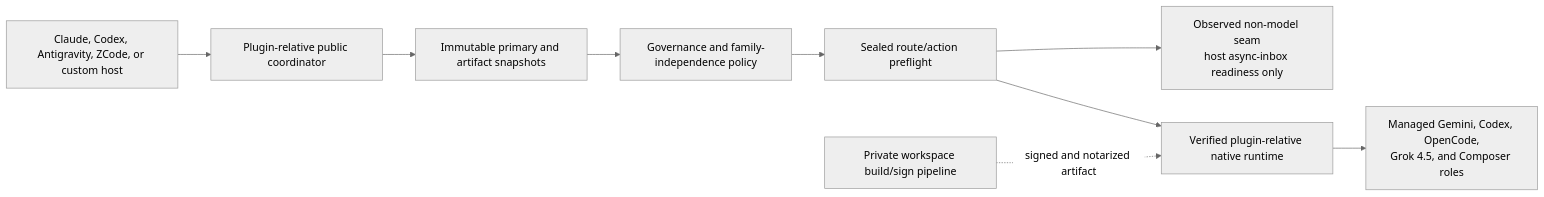
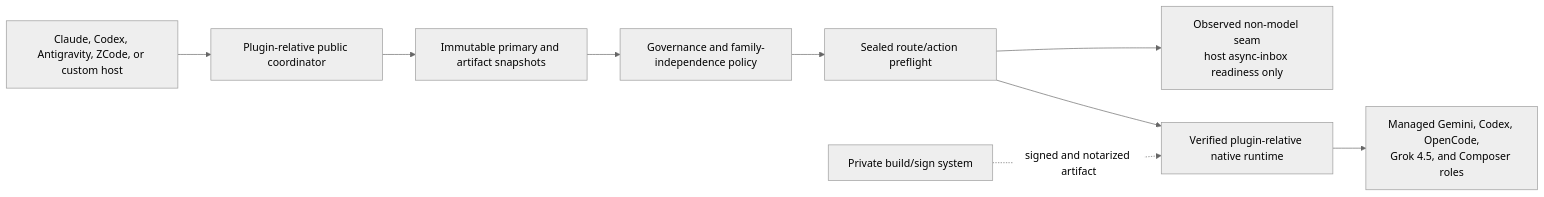
One commit to sumitake/agent-collab changed the diagram in README.md. Above: the diagram before and after it, drawn with Mermaid (neutral theme). The commit also changed other lines of this file and 62 other files, not shown here.

````diff
--- a/README.md
+++ b/README.md
@@ -59,11 +65,11 @@
 ```mermaid
 flowchart LR
     H["Claude, Codex, Antigravity, ZCode, or custom host"] --> C0["Plugin-relative public coordinator"]
     C0 --> P["Immutable primary and artifact snapshots"]
     P --> G["Governance and family-independence policy"]
     G --> S["Sealed route/action preflight"]
     S --> N["Observed non-model seam<br/>host async-inbox readiness only"]
     S --> C["Verified plugin-relative native runtime"]
     C --> X["Managed Gemini, Codex, OpenCode,<br/>Grok 4.5, and Composer roles"]
-    W["Private workspace build/sign pipeline"] -. "signed and notarized artifact" .-> C
+    W["Private build/sign system"] -. "signed and notarized artifact" .-> C
 ```
````
